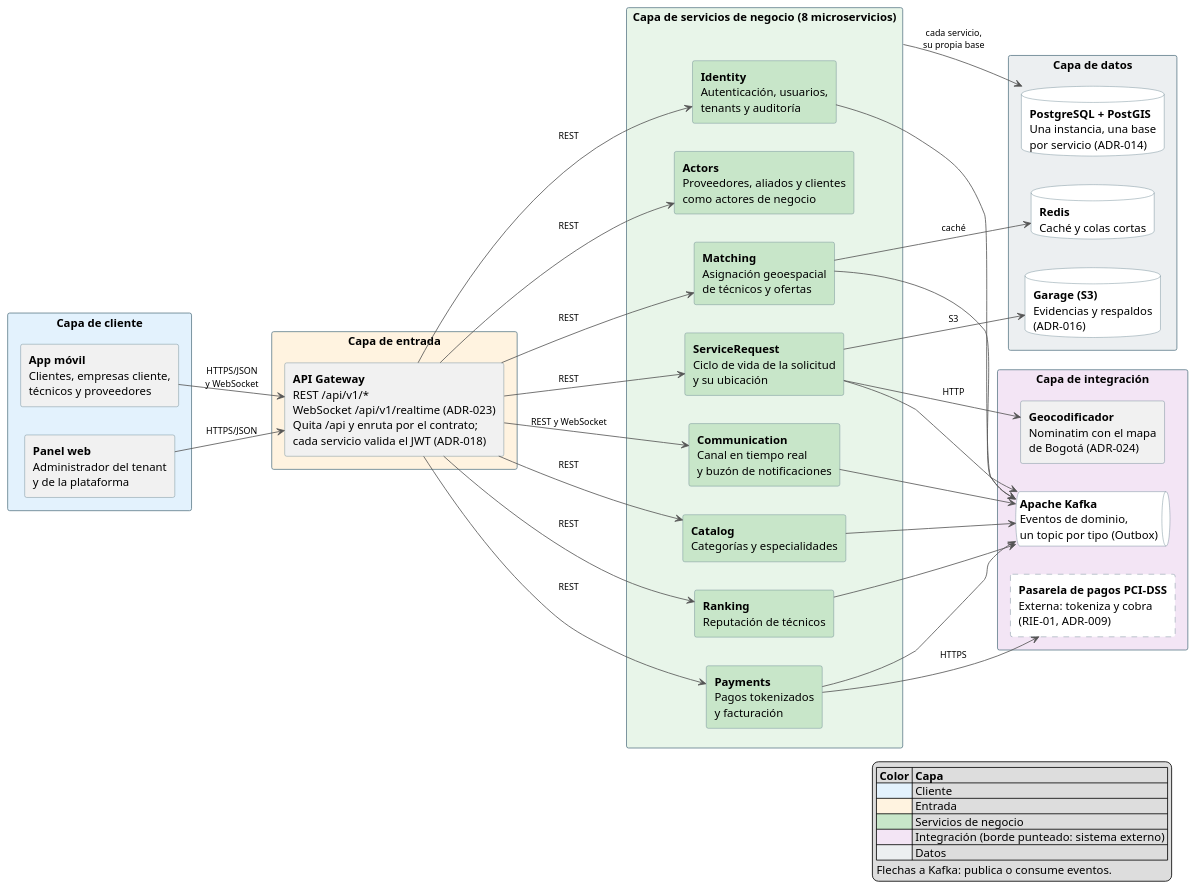
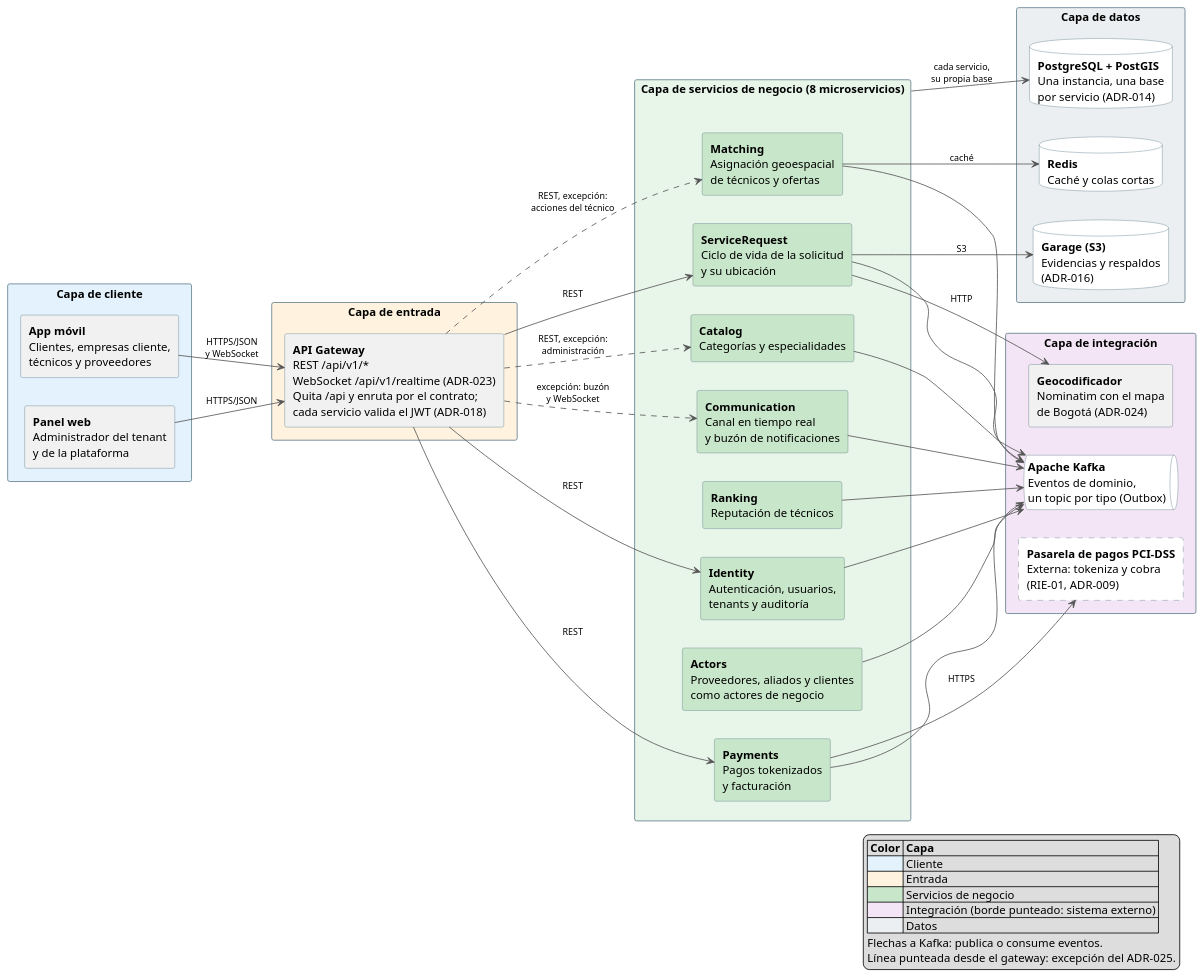
The diagram in docs/architecture/diagrams/sdd/src/01_vista_logica_capas.puml (ARQUI-202630/quickpatch), drawn with PlantUML before and after one commit. The commit also changed 7 other files, not shown here.

First line of the commit message:
docs(arquitectura): ADR-025, REST solo hacia Identity, ServiceRequest y Payments

```diff
--- a/docs/architecture/diagrams/sdd/src/01_vista_logica_capas.puml
+++ b/docs/architecture/diagrams/sdd/src/01_vista_logica_capas.puml
@@ -1,105 +1,107 @@
 @startuml 01_vista_logica_capas
 ' Figura 4 del SDD (sección 5.2): vista lógica por capas. Usa los mismos contenedores y relaciones
 ' que el diagrama de contenedores C4 (Figura 3, C4-03-Contenedores), sin nombrar el framework de los clientes.
 ' Generar: docker run --rm -v "$PWD:/data" plantuml/plantuml:1.2026.8 -tsvg -charset UTF-8 -o .. /data/01_vista_logica_capas.puml
 skinparam defaultFontName Arial
 skinparam shadowing false
 skinparam packageStyle rectangle
 skinparam ArrowColor #555555
 skinparam ArrowFontSize 11
 left to right direction
 hide stereotype
 
 skinparam package {
   BackgroundColor<<cliente>> #E3F2FD
   BackgroundColor<<entrada>> #FFF3E0
   BackgroundColor<<negocio>> #E8F5E9
   BackgroundColor<<integracion>> #F3E5F5
   BackgroundColor<<datos>> #ECEFF1
   BorderColor #607D8B
 }
 skinparam rectangle {
   BackgroundColor<<servicio>> #C8E6C9
   BackgroundColor<<externo>> #FFFFFF
   BorderColor #607D8B
 }
 skinparam rectangle<<externo>> {
   BorderStyle dashed
 }
 skinparam database {
   BackgroundColor #FFFFFF
   BorderColor #607D8B
 }
 skinparam queue {
   BackgroundColor #FFFFFF
   BorderColor #607D8B
 }
 
 package "Capa de cliente" <<cliente>> as CLIENTE {
   rectangle "**App móvil**\nClientes, empresas cliente,\ntécnicos y proveedores" as APP
   rectangle "**Panel web**\nAdministrador del tenant\ny de la plataforma" as PANEL
 }
 
 package "Capa de entrada" <<entrada>> as ENTRADA {
   rectangle "**API Gateway**\nREST /api/v1/*\nWebSocket /api/v1/realtime (ADR-023)\nQuita /api y enruta por el contrato;\ncada servicio valida el JWT (ADR-018)" as GW
 }
 
 package "Capa de servicios de negocio (8 microservicios)" <<negocio>> as NEGOCIO {
   rectangle "**Identity**\nAutenticación, usuarios,\ntenants y auditoría" <<servicio>> as IDENTITY
   rectangle "**Actors**\nProveedores, aliados y clientes\ncomo actores de negocio" <<servicio>> as ACTORS
   rectangle "**Catalog**\nCategorías y especialidades" <<servicio>> as CATALOG
   rectangle "**ServiceRequest**\nCiclo de vida de la solicitud\ny su ubicación" <<servicio>> as SR
   rectangle "**Matching**\nAsignación geoespacial\nde técnicos y ofertas" <<servicio>> as MATCHING
   rectangle "**Ranking**\nReputación de técnicos" <<servicio>> as RANKING
   rectangle "**Payments**\nPagos tokenizados\ny facturación" <<servicio>> as PAYMENTS
   rectangle "**Communication**\nCanal en tiempo real\ny buzón de notificaciones" <<servicio>> as COMMUNICATION
 }
 
 package "Capa de integración" <<integracion>> as INTEGRACION {
   queue "**Apache Kafka**\nEventos de dominio,\nun topic por tipo (Outbox)" as KAFKA
   rectangle "**Geocodificador**\nNominatim con el mapa\nde Bogotá (ADR-024)" as GEO
   rectangle "**Pasarela de pagos PCI-DSS**\nExterna: tokeniza y cobra\n(RIE-01, ADR-009)" <<externo>> as PASARELA
 }
 
 package "Capa de datos" <<datos>> as DATOS {
   database "**PostgreSQL + PostGIS**\nUna instancia, una base\npor servicio (ADR-014)" as PG
   database "**Redis**\nCaché y colas cortas" as REDIS
   database "**Garage (S3)**\nEvidencias y respaldos\n(ADR-016)" as GARAGE
 }
 
 APP --> GW : HTTPS/JSON\ny WebSocket
 PANEL --> GW : HTTPS/JSON
 
+' ADR-025: REST principal solo hacia Identity, ServiceRequest y Payments. Las líneas punteadas son las excepciones
+' explícitas del ADR (el usuario necesita la respuesta al instante).
 GW --> IDENTITY : REST
-GW --> ACTORS : REST
-GW --> CATALOG : REST
 GW --> SR : REST
-GW --> MATCHING : REST
-GW --> RANKING : REST
 GW --> PAYMENTS : REST
-GW --> COMMUNICATION : REST y WebSocket
+GW ..> MATCHING : REST, excepción:\nacciones del técnico
+GW ..> CATALOG : REST, excepción:\nadministración
+GW ..> COMMUNICATION : excepción: buzón\ny WebSocket
 
 IDENTITY --> KAFKA
+ACTORS --> KAFKA
 CATALOG --> KAFKA
 SR --> KAFKA
 MATCHING --> KAFKA
 RANKING --> KAFKA
 PAYMENTS --> KAFKA
 COMMUNICATION --> KAFKA
 
 SR --> GEO : HTTP
 PAYMENTS --> PASARELA : HTTPS
 MATCHING --> REDIS : caché
 SR --> GARAGE : S3
 NEGOCIO --> PG : cada servicio,\nsu propia base
 
 legend right
   |= Color |= Capa |
   |<#E3F2FD>| Cliente |
   |<#FFF3E0>| Entrada |
   |<#C8E6C9>| Servicios de negocio |
   |<#F3E5F5>| Integración (borde punteado: sistema externo) |
   |<#ECEFF1>| Datos |
   Flechas a Kafka: publica o consume eventos.
+  Línea punteada desde el gateway: excepción del ADR-025.
 endlegend
 @enduml
```
